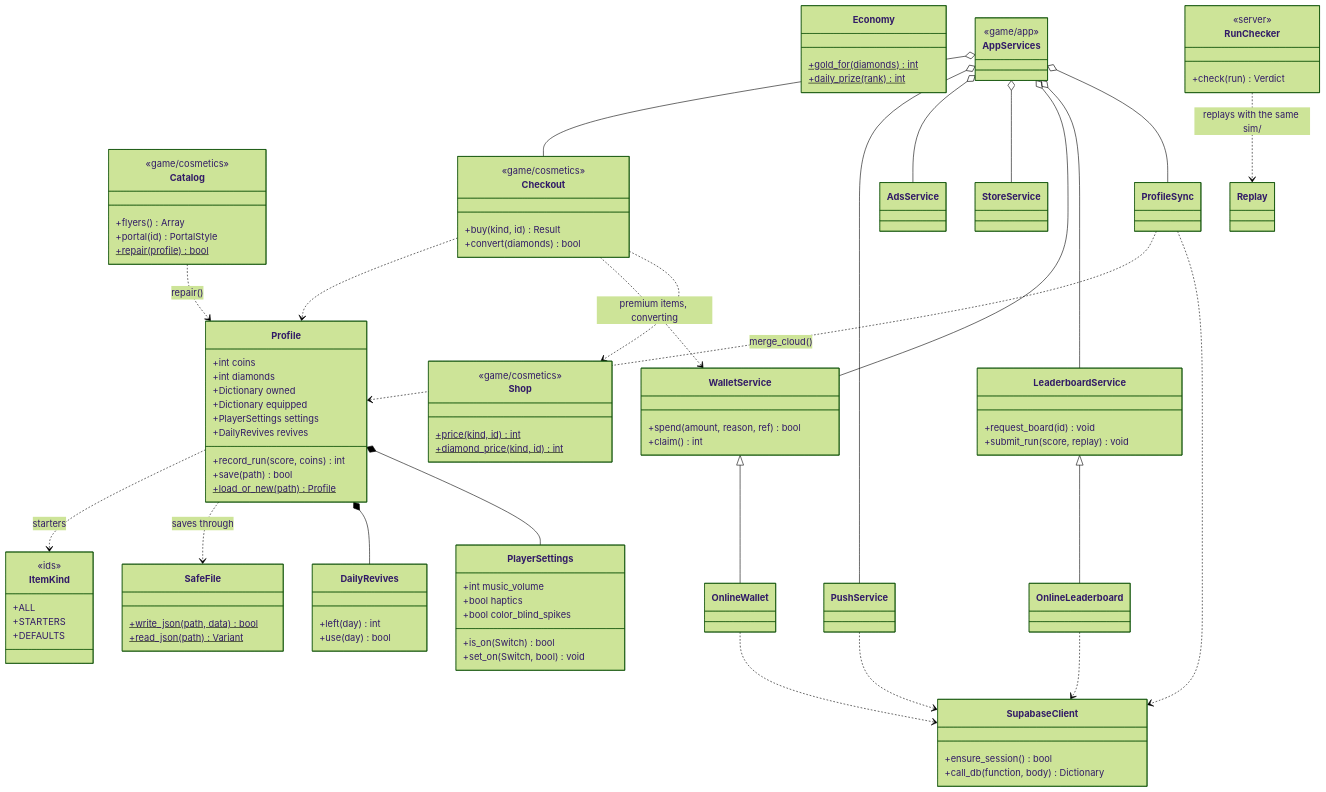
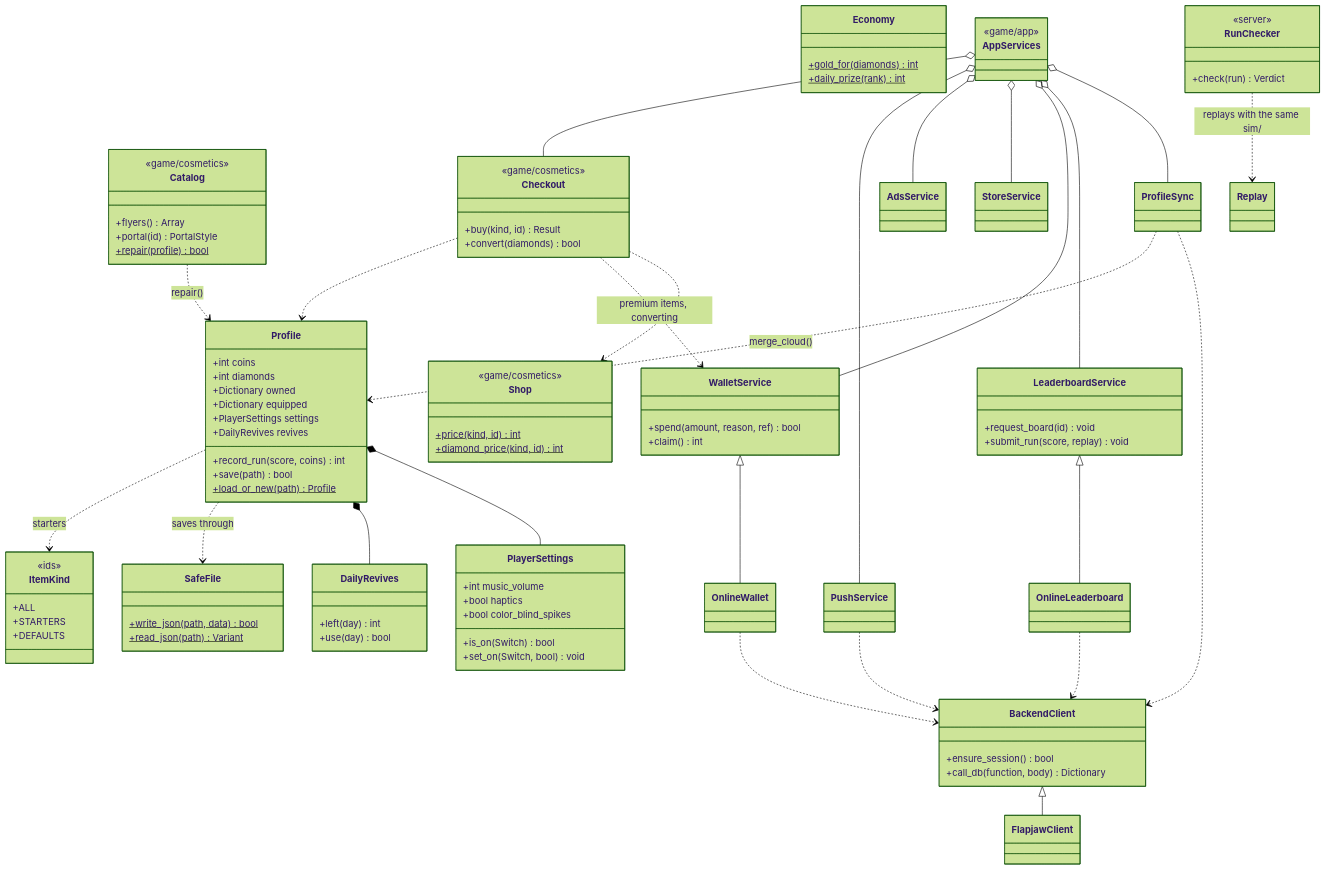
One commit to Mxndarijn/Spikey changed the third of 3 diagrams in docs/DOMAIN_MODEL.md. Above: the diagram before and after it, drawn with Mermaid (forest theme). The commit also changed other lines of this file and 106 other files, not shown here.

First line of the commit message:
Remove Supabase: FlapjawClient is the only backend

```diff
--- a/docs/DOMAIN_MODEL.md
+++ b/docs/DOMAIN_MODEL.md
@@ -356,7 +356,7 @@
   +buy(kind, id) Result
   +convert(diamonds) bool
 }
-class SupabaseClient {
+class BackendClient {
   +ensure_session() bool
   +call_db(function, body) Dictionary
 }
@@ -388,10 +388,11 @@
 Catalog ..> Profile : repair()
 LeaderboardService <|-- OnlineLeaderboard
 WalletService <|-- OnlineWallet
-OnlineLeaderboard ..> SupabaseClient
-OnlineWallet ..> SupabaseClient
-PushService ..> SupabaseClient
-ProfileSync ..> SupabaseClient
+BackendClient <|-- FlapjawClient
+OnlineLeaderboard ..> BackendClient
+OnlineWallet ..> BackendClient
+PushService ..> BackendClient
+ProfileSync ..> BackendClient
 ProfileSync ..> Profile : merge_cloud()
 AppServices o-- ProfileSync
 AppServices o-- LeaderboardService
```
